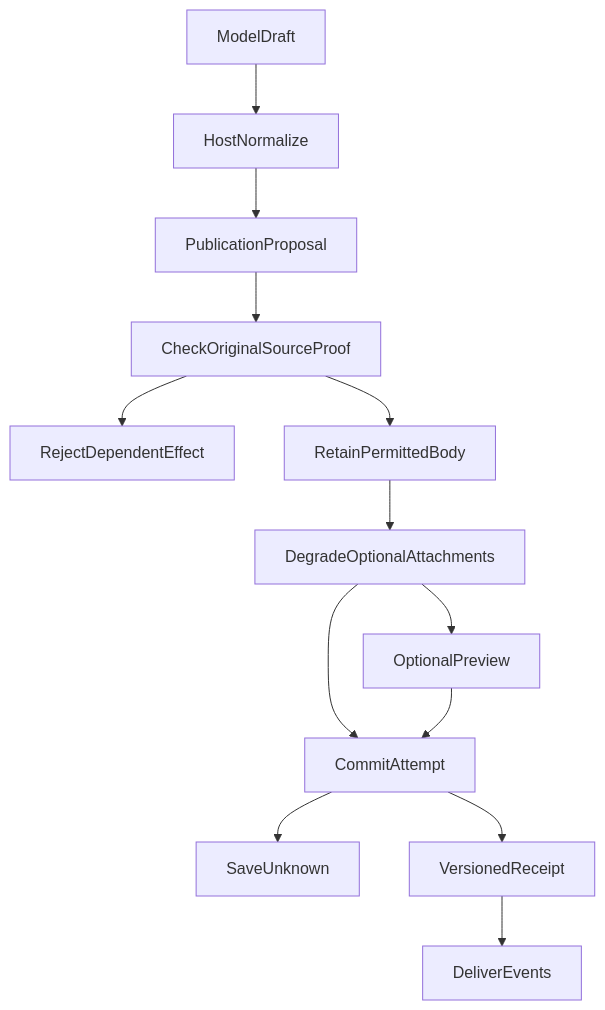
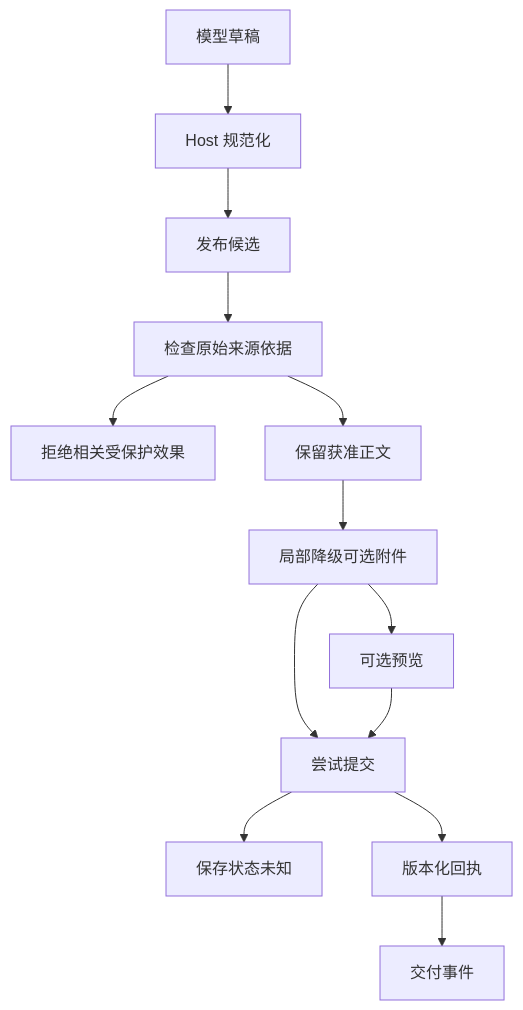
Before and after one commit to hpoenixf/eff-agent-article: the diagram in articles/019-agent-answer-publication.md, drawn with Mermaid. The commit also changed 52 other files, not shown here.

Commit message:
docs: localize diagrams and clarify flagship guides

````diff
--- a/articles/019-agent-answer-publication.md
+++ b/articles/019-agent-answer-publication.md
@@ -72,15 +72,15 @@
 ```mermaid
 graph TD
-ModelDraft --> HostNormalize
-HostNormalize --> PublicationProposal
-PublicationProposal --> CheckOriginalSourceProof
-CheckOriginalSourceProof --> RejectDependentEffect
-CheckOriginalSourceProof --> RetainPermittedBody
-RetainPermittedBody --> DegradeOptionalAttachments
-DegradeOptionalAttachments --> OptionalPreview
-DegradeOptionalAttachments --> CommitAttempt
+ModelDraft["模型草稿"] --> HostNormalize["Host 规范化"]
+HostNormalize --> PublicationProposal["发布候选"]
+PublicationProposal --> CheckOriginalSourceProof["检查原始来源依据"]
+CheckOriginalSourceProof --> RejectDependentEffect["拒绝相关受保护效果"]
+CheckOriginalSourceProof --> RetainPermittedBody["保留获准正文"]
+RetainPermittedBody --> DegradeOptionalAttachments["局部降级可选附件"]
+DegradeOptionalAttachments --> OptionalPreview["可选预览"]
+DegradeOptionalAttachments --> CommitAttempt["尝试提交"]
 OptionalPreview --> CommitAttempt
-CommitAttempt --> SaveUnknown
-CommitAttempt --> VersionedReceipt
-VersionedReceipt --> DeliverEvents
+CommitAttempt --> SaveUnknown["保存状态未知"]
+CommitAttempt --> VersionedReceipt["版本化回执"]
+VersionedReceipt --> DeliverEvents["交付事件"]
 ```
````
